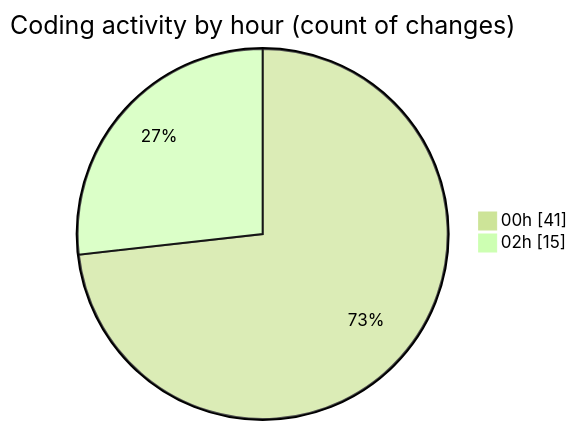
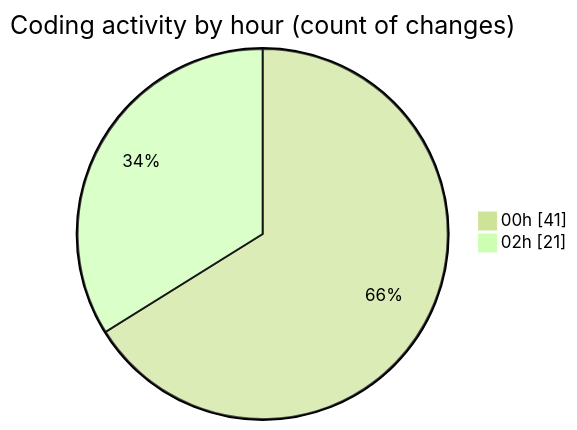
The second of 2 diagrams in 2026-02-21/student_performance_system/README.md (hasnaa123/code-tracking), drawn with Mermaid (forest theme) before and after one commit. The commit also changed other lines of this file and 1 other file, not shown here.

````diff
--- a/2026-02-21/student_performance_system/README.md
+++ b/2026-02-21/student_performance_system/README.md
@@ -28,6 +28,6 @@
 ```mermaid
 pie showData
 title Coding activity by hour (count of changes)
 "00h" : 41
-"02h" : 15
+"02h" : 21
 ```
````
